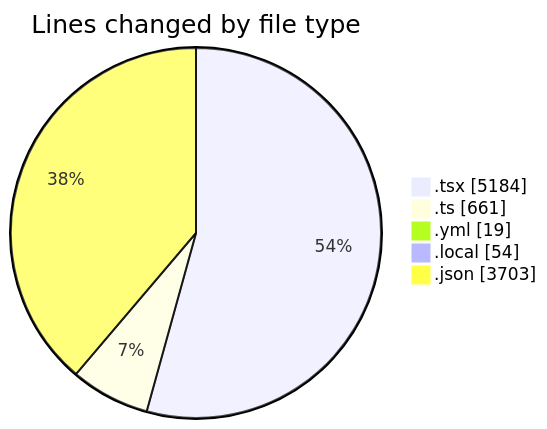
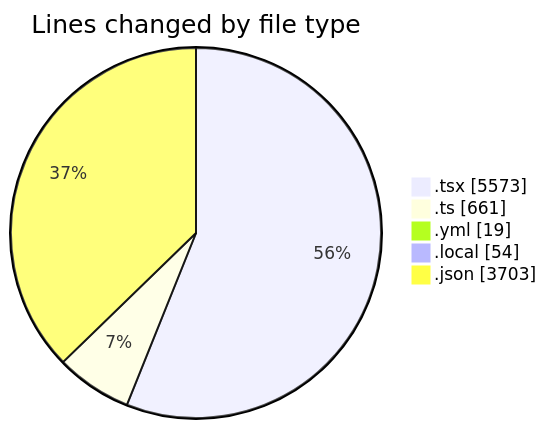
One commit to julien-gomy/code-tracking changed the first of 2 diagrams in 2025-11-18/eventscop-frontend-guide__workspace_/README.md. Above: the diagram before and after it, drawn with Mermaid. The commit also changed other lines of this file and 1 other file, not shown here.

````diff
--- a/2025-11-18/eventscop-frontend-guide__workspace_/README.md
+++ b/2025-11-18/eventscop-frontend-guide__workspace_/README.md
@@ -67,9 +68,9 @@
 ```mermaid
 pie showData
 title Lines changed by file type
-".tsx" : 5184
+".tsx" : 5573
 ".ts" : 661
 ".yml" : 19
 ".local" : 54
 ".json" : 3703
 ```
````
